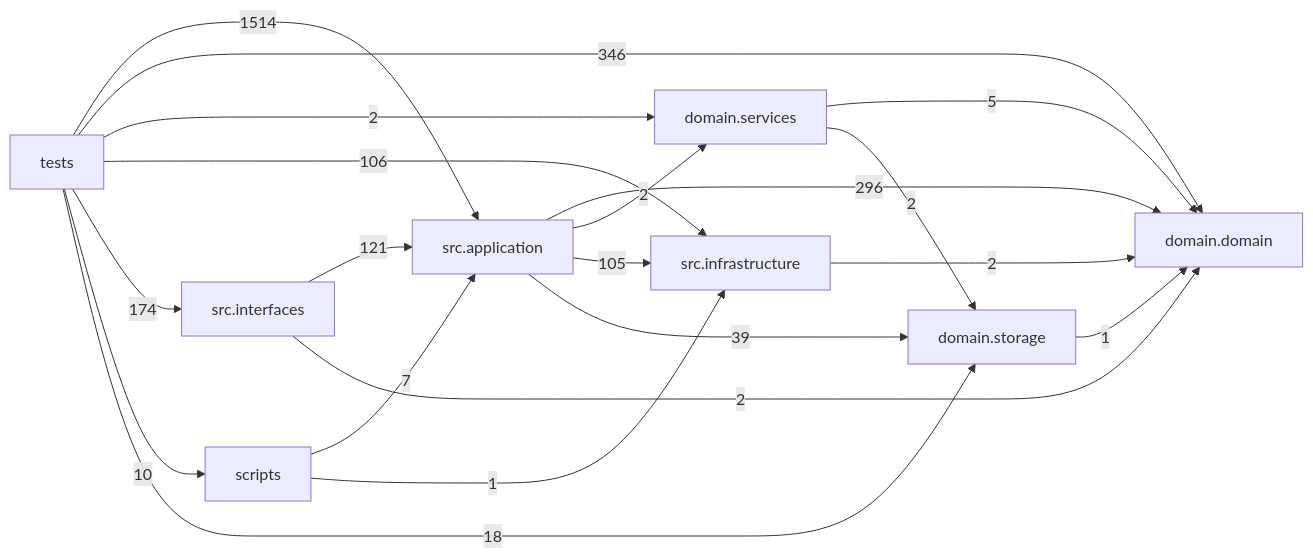
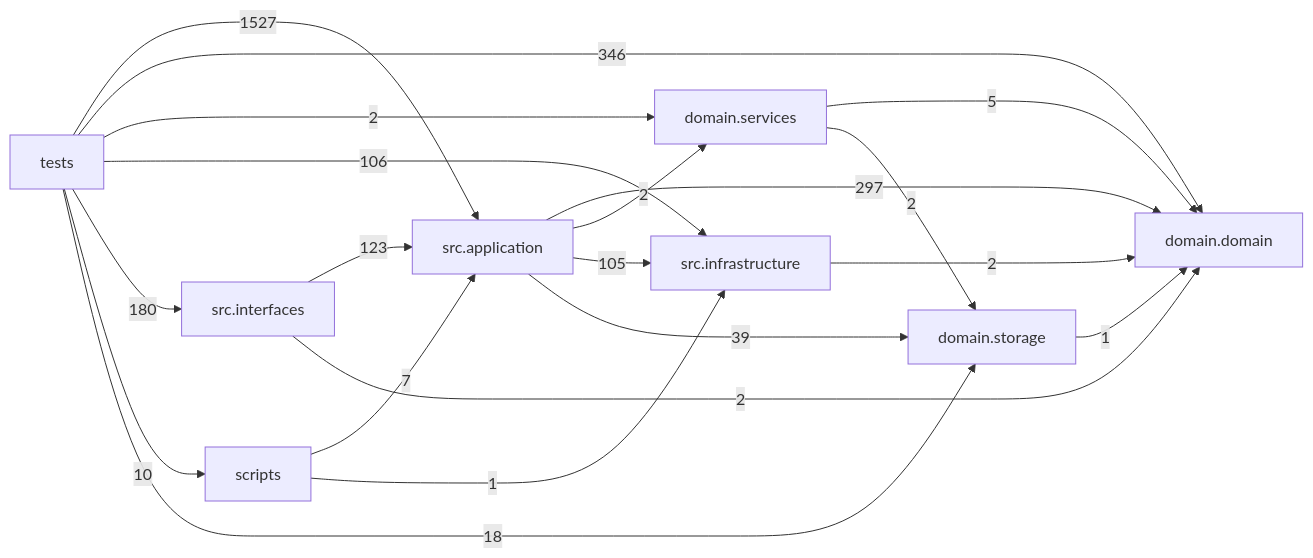
One commit to liuxie066/options-monitor changed the diagram in docs/DEPENDENCY_GRAPH.md. Above: the diagram before and after it, drawn with Mermaid. The commit also changed other lines of this file and 20 other files, not shown here.

````diff
--- a/docs/DEPENDENCY_GRAPH.md
+++ b/docs/DEPENDENCY_GRAPH.md
@@ -24,30 +24,30 @@
 ```mermaid
 flowchart LR
   tests["tests"]
   scripts["scripts"]
   interfaces["src.interfaces"]
   application["src.application"]
   infrastructure["src.infrastructure"]
   domain_services["domain.services"]
   domain["domain.domain"]
   storage["domain.storage"]
-  application -->|296| domain
+  application -->|297| domain
   application -->|2| domain_services
   application -->|105| infrastructure
   application -->|39| storage
   domain_services -->|5| domain
   domain_services -->|2| storage
   infrastructure -->|2| domain
-  interfaces -->|121| application
+  interfaces -->|123| application
   interfaces -->|2| domain
   scripts -->|7| application
   scripts -->|1| infrastructure
   storage -->|1| domain
-  tests -->|1514| application
+  tests -->|1527| application
   tests -->|346| domain
   tests -->|2| domain_services
   tests -->|106| infrastructure
-  tests -->|174| interfaces
+  tests -->|180| interfaces
   tests -->|10| scripts
   tests -->|18| storage
 ```
````
